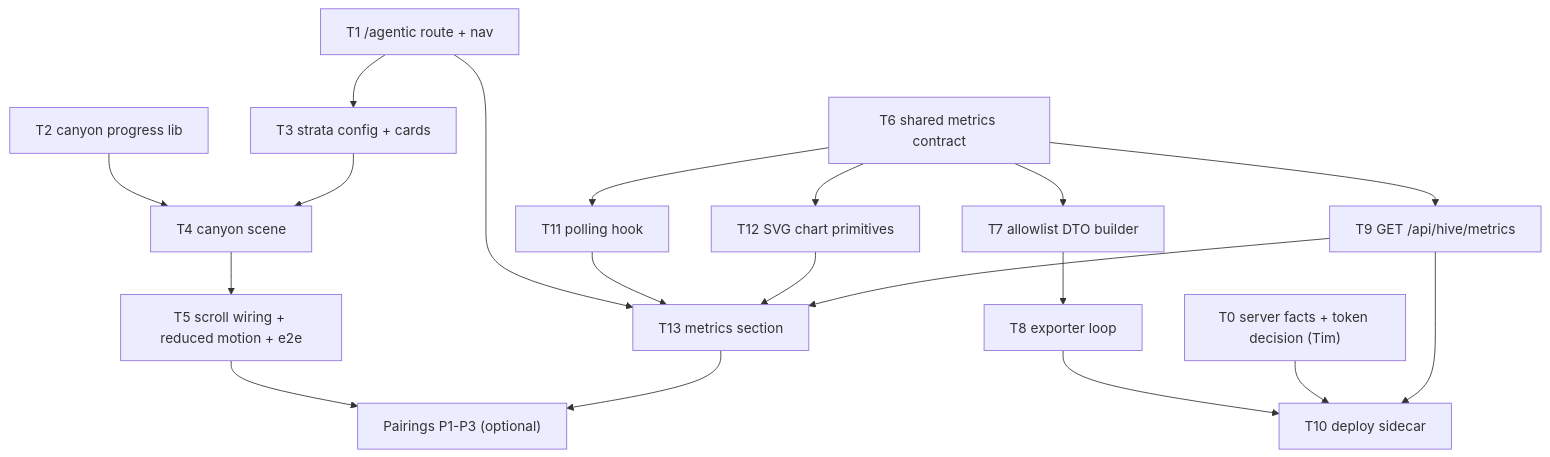
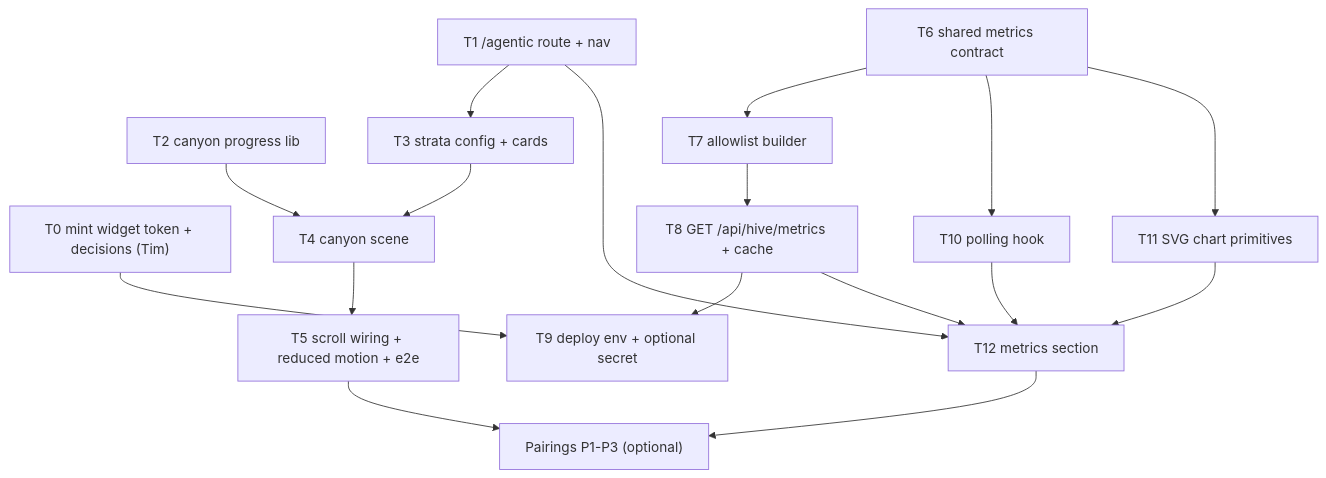
The diagram in docs/superpowers/plans/2026-11-02-agentic-tab.md (Tim-van-Oudheusden/website), drawn with Mermaid before and after one commit. The commit also changed other lines of this file and 4 other files, not shown here.

First line of the commit message:
docs(agentic): use Hive's read-only widget token and verified server facts (#1046)

````diff
--- a/docs/superpowers/plans/2026-11-02-agentic-tab.md
+++ b/docs/superpowers/plans/2026-11-02-agentic-tab.md
@@ -37,23 +37,21 @@
 ```mermaid
 flowchart TD
-    T0["T0 server facts + token decision (Tim)"]
+    T0["T0 mint widget token + decisions (Tim)"]
     T1["T1 /agentic route + nav"]
     T2["T2 canyon progress lib"] --> T4["T4 canyon scene"]
     T3["T3 strata config + cards"] --> T4
     T4 --> T5["T5 scroll wiring + reduced motion + e2e"]
     T1 --> T3
-    T6["T6 shared metrics contract"] --> T7["T7 allowlist DTO builder"]
-    T7 --> T8["T8 exporter loop"]
-    T6 --> T9["T9 GET /api/hive/metrics"]
-    T8 --> T10["T10 deploy sidecar"]
-    T0 --> T10
-    T9 --> T10
-    T6 --> T11["T11 polling hook"]
-    T6 --> T12["T12 SVG chart primitives"]
-    T1 --> T13["T13 metrics section"]
-    T11 --> T13
-    T12 --> T13
-    T9 --> T13
+    T6["T6 shared metrics contract"] --> T7["T7 allowlist builder"]
+    T7 --> T8["T8 GET /api/hive/metrics + cache"]
+    T8 --> T9["T9 deploy env + optional secret"]
+    T0 --> T9
+    T6 --> T10["T10 polling hook"]
+    T6 --> T11["T11 SVG chart primitives"]
+    T1 --> T12["T12 metrics section"]
+    T10 --> T12
+    T11 --> T12
+    T8 --> T12
     T5 --> P["Pairings P1-P3 (optional)"]
-    T13 --> P
+    T12 --> P
 ```
````
